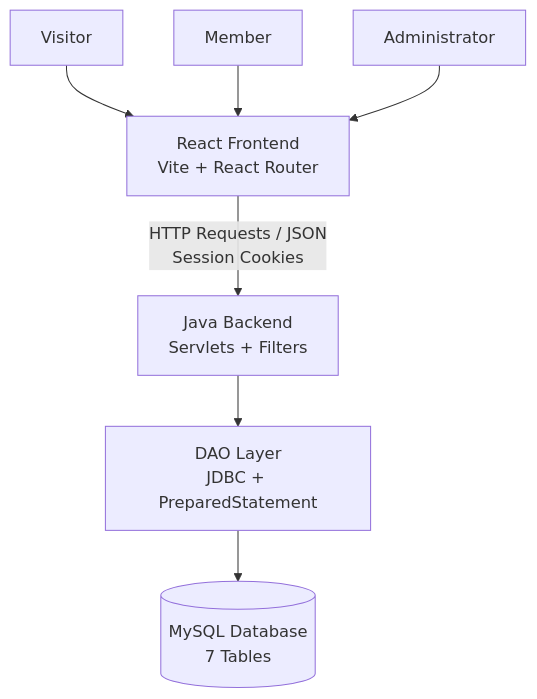
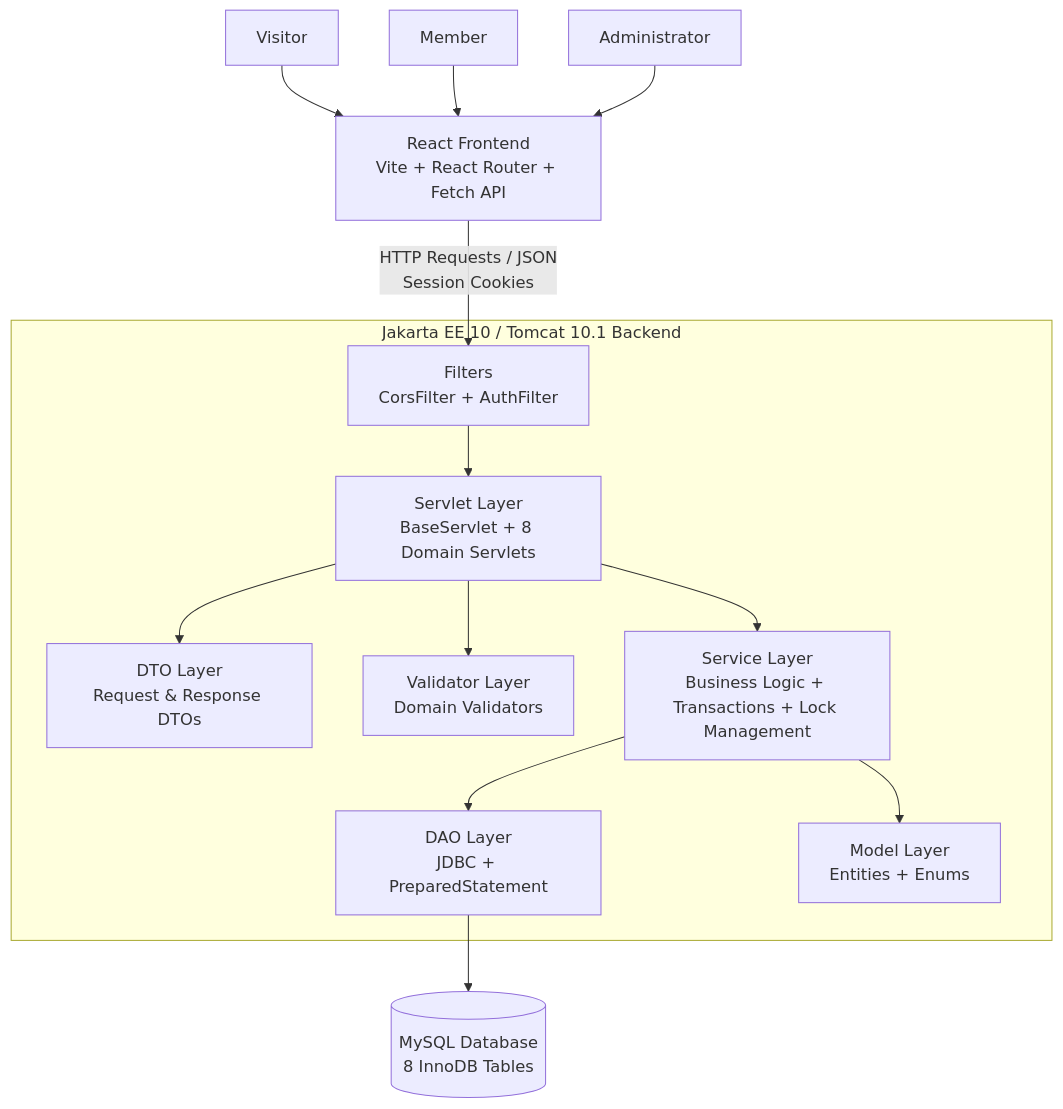
One commit to ayoubrouatbi11-collab/gym_management changed the first of 3 diagrams in docs/ARCHITECTURE.md. Above: the diagram before and after it, drawn with Mermaid. The commit also changed other lines of this file and 424 other files, not shown here.

````diff
--- a/docs/ARCHITECTURE.md
+++ b/docs/ARCHITECTURE.md
@@ -17,17 +17,25 @@
 ```mermaid
 flowchart TD
     V[Visitor]
     M[Member]
     A[Administrator]
 
     V --> FE
     M --> FE
     A --> FE
 
-    FE[React Frontend<br/>Vite + React Router]
-    FE -->|HTTP Requests / JSON<br/>Session Cookies| BE
+    FE[React Frontend<br/>Vite + React Router + Fetch API]
+    FE -->|HTTP Requests / JSON<br/>Session Cookies| FILT
 
-    BE[Java Backend<br/>Servlets + Filters]
-    BE --> DAO[DAO Layer<br/>JDBC + PreparedStatement]
-    DAO --> DB[(MySQL Database<br/>7 Tables)]
+    subgraph Backend [Jakarta EE 10 / Tomcat 10.1 Backend]
+        FILT[Filters<br/>CorsFilter + AuthFilter]
+        FILT --> SERV[Servlet Layer<br/>BaseServlet + 8 Domain Servlets]
+        SERV --> DTO[DTO Layer<br/>Request & Response DTOs]
+        SERV --> VAL[Validator Layer<br/>Domain Validators]
+        SERV --> SRV[Service Layer<br/>Business Logic + Transactions + Lock Management]
+        SRV --> DAO[DAO Layer<br/>JDBC + PreparedStatement]
+        SRV --> MOD[Model Layer<br/>Entities + Enums]
+    end
+
+    DAO --> DB[(MySQL Database<br/>8 InnoDB Tables)]
 ```
````
